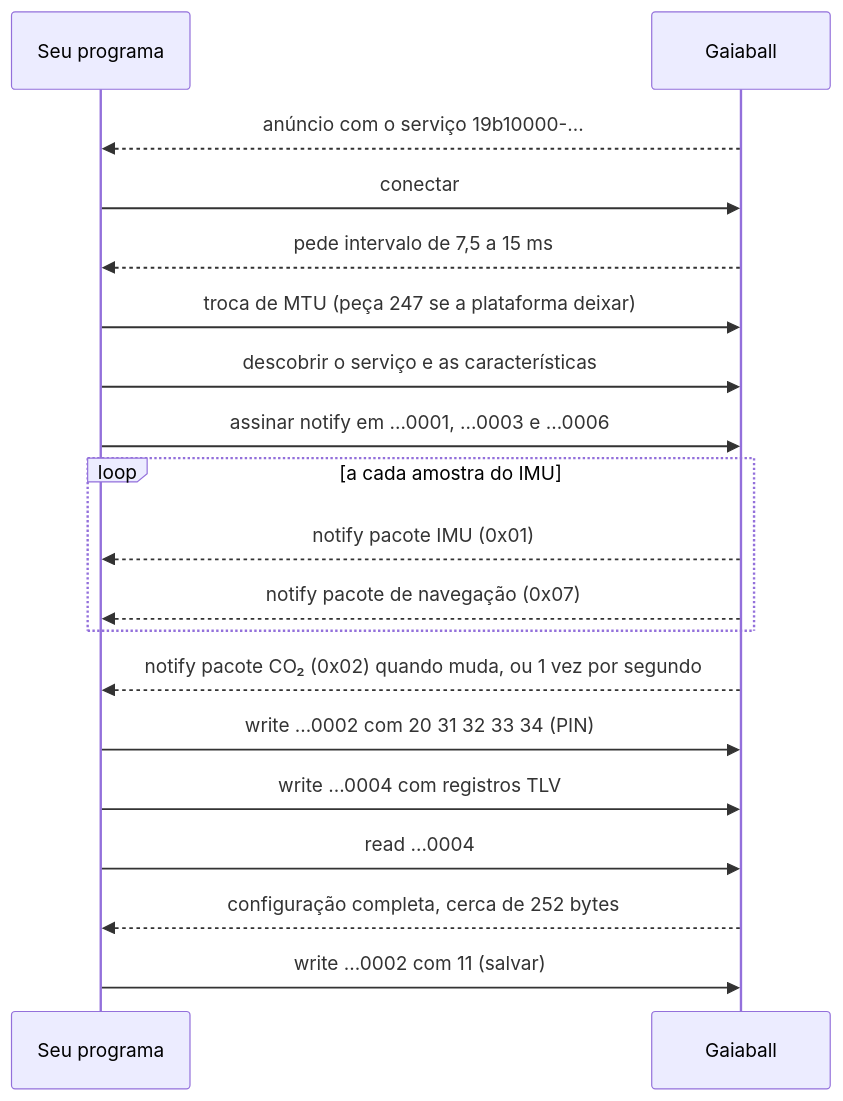
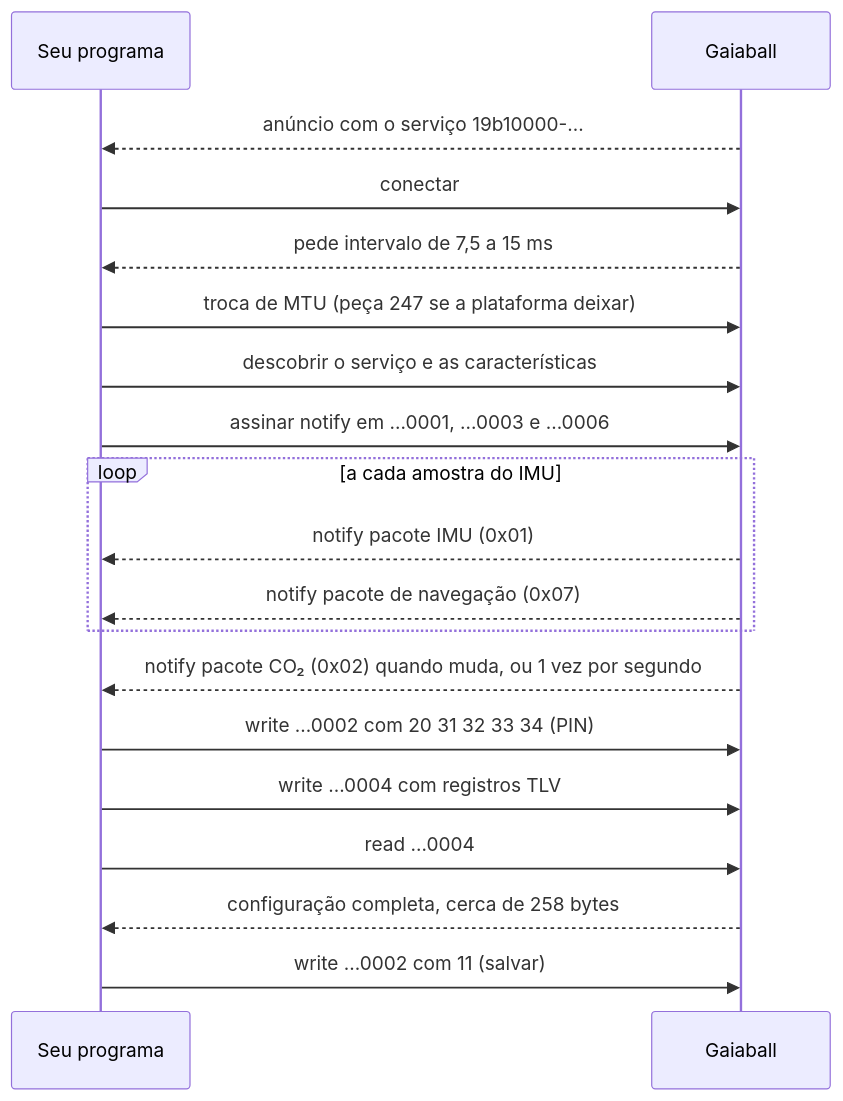
Before and after one commit to GaiaSenses/gaiaball: the third of 3 diagrams in docs/protocolo-ble.md, drawn with Mermaid. The commit also changed other lines of this file and 5 other files, not shown here.

````diff
--- a/docs/protocolo-ble.md
+++ b/docs/protocolo-ble.md
@@ -1059,21 +1062,21 @@
 ```mermaid
 sequenceDiagram
   participant C as Seu programa
   participant B as Gaiaball
   B-->>C: anúncio com o serviço 19b10000-…
   C->>B: conectar
   B-->>C: pede intervalo de 7,5 a 15 ms
   C->>B: troca de MTU (peça 247 se a plataforma deixar)
   C->>B: descobrir o serviço e as características
   C->>B: assinar notify em …0001, …0003 e …0006
   loop a cada amostra do IMU
     B-->>C: notify pacote IMU (0x01)
     B-->>C: notify pacote de navegação (0x07)
   end
   B-->>C: notify pacote CO₂ (0x02) quando muda, ou 1 vez por segundo
   C->>B: write …0002 com 20 31 32 33 34 (PIN)
   C->>B: write …0004 com registros TLV
   C->>B: read …0004
-  B-->>C: configuração completa, cerca de 252 bytes
+  B-->>C: configuração completa, cerca de 258 bytes
   C->>B: write …0002 com 11 (salvar)
 ```
````
